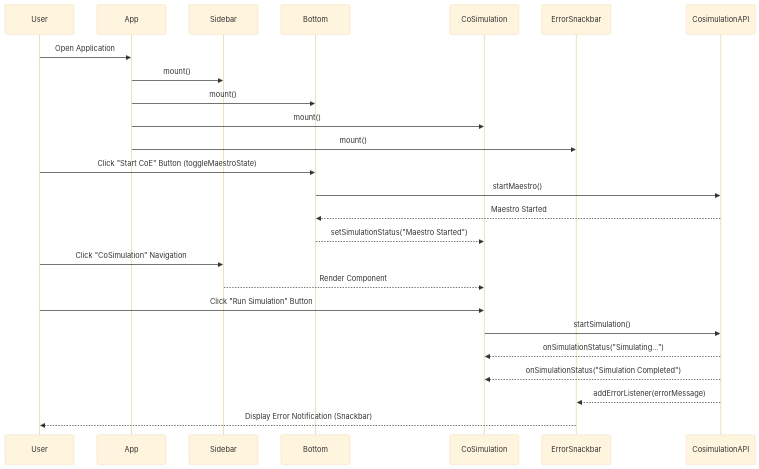
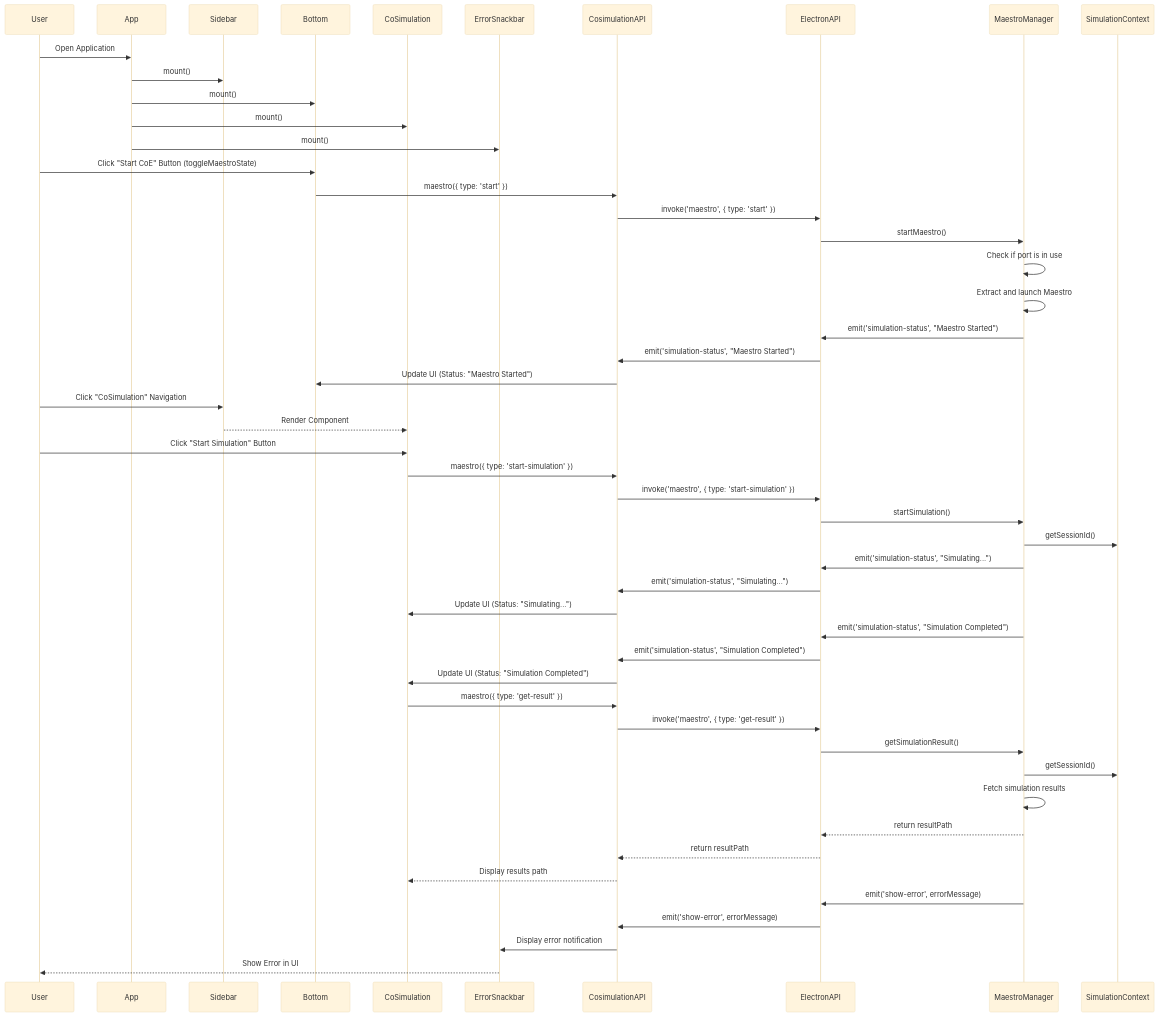
The second of 6 diagrams in docs/APPLICATION LAYERS.md (INTO-CPS-Association/into-cps-application), drawn with Mermaid (base theme) before and after one commit. The commit also changed other lines of this file and 6 other files, not shown here.

````diff
--- a/docs/APPLICATION LAYERS.md
+++ b/docs/APPLICATION LAYERS.md
@@ -163,35 +159,65 @@
 ```mermaid
 sequenceDiagram
     participant User
     participant App
     participant Sidebar
     participant Bottom
     participant CoSimulation
     participant ErrorSnackbar
     participant CosimulationAPI
+    participant ElectronAPI
+    participant MaestroManager
+    participant SimulationContext
 
     %% 1. App Initialization %%
     User->>App: Open Application
     App->>Sidebar: mount()
     App->>Bottom: mount()
     App->>CoSimulation: mount()
     App->>ErrorSnackbar: mount()
 
     %% 2. Starting Maestro %%
     User->>Bottom: Click "Start CoE" Button (toggleMaestroState)
-    Bottom->>CosimulationAPI: startMaestro()
-    CosimulationAPI-->>Bottom: Maestro Started
-    Bottom-->>CoSimulation: setSimulationStatus("Maestro Started")
+    Bottom->>CosimulationAPI: maestro({ type: 'start' })
+    CosimulationAPI->>ElectronAPI: invoke('maestro', { type: 'start' })
+    ElectronAPI->>MaestroManager: startMaestro()
+    MaestroManager->>MaestroManager: Check if port is in use
+    MaestroManager->>MaestroManager: Extract and launch Maestro
+    MaestroManager->>ElectronAPI: emit('simulation-status', "Maestro Started")
+    ElectronAPI->>CosimulationAPI: emit('simulation-status', "Maestro Started")
+    CosimulationAPI->>Bottom: Update UI (Status: "Maestro Started")
 
     %% 3. Running Simulation %%
     User->>Sidebar: Click "CoSimulation" Navigation
     Sidebar-->>CoSimulation: Render Component
-    User->>CoSimulation: Click "Run Simulation" Button
-    CoSimulation->>CosimulationAPI: startSimulation()
-    CosimulationAPI-->>CoSimulation: onSimulationStatus("Simulating...")
-    CosimulationAPI-->>CoSimulation: onSimulationStatus("Simulation Completed")
+    User->>CoSimulation: Click "Start Simulation" Button
+    CoSimulation->>CosimulationAPI: maestro({ type: 'start-simulation' })
+    CosimulationAPI->>ElectronAPI: invoke('maestro', { type: 'start-simulation' })
+    ElectronAPI->>MaestroManager: startSimulation()
+    MaestroManager->>SimulationContext: getSessionId()
+    MaestroManager->>ElectronAPI: emit('simulation-status', "Simulating...")
+    ElectronAPI->>CosimulationAPI: emit('simulation-status', "Simulating...")
+    CosimulationAPI->>CoSimulation: Update UI (Status: "Simulating...")
 
-    %% 4. Error Handling %%
-    CosimulationAPI-->>ErrorSnackbar: addErrorListener(errorMessage)
-    ErrorSnackbar-->>User: Display Error Notification (Snackbar)
+    %% 4. Simulation Completion %%
+    MaestroManager->>ElectronAPI: emit('simulation-status', "Simulation Completed")
+    ElectronAPI->>CosimulationAPI: emit('simulation-status', "Simulation Completed")
+    CosimulationAPI->>CoSimulation: Update UI (Status: "Simulation Completed")
+
+    %% 5. Fetching Results %%
+    CoSimulation->>CosimulationAPI: maestro({ type: 'get-result' })
+    CosimulationAPI->>ElectronAPI: invoke('maestro', { type: 'get-result' })
+    ElectronAPI->>MaestroManager: getSimulationResult()
+    MaestroManager->>SimulationContext: getSessionId()
+    MaestroManager->>MaestroManager: Fetch simulation results
+    MaestroManager-->>ElectronAPI: return resultPath
+    ElectronAPI-->>CosimulationAPI: return resultPath
+    CosimulationAPI-->>CoSimulation: Display results path
+
+    %% 6. Error Handling and Snackbar Display %%
+    MaestroManager->>ElectronAPI: emit('show-error', errorMessage)
+    ElectronAPI->>CosimulationAPI: emit('show-error', errorMessage)
+    CosimulationAPI->>ErrorSnackbar: Display error notification
+    ErrorSnackbar-->>User: Show Error in UI
+
 ```
````
